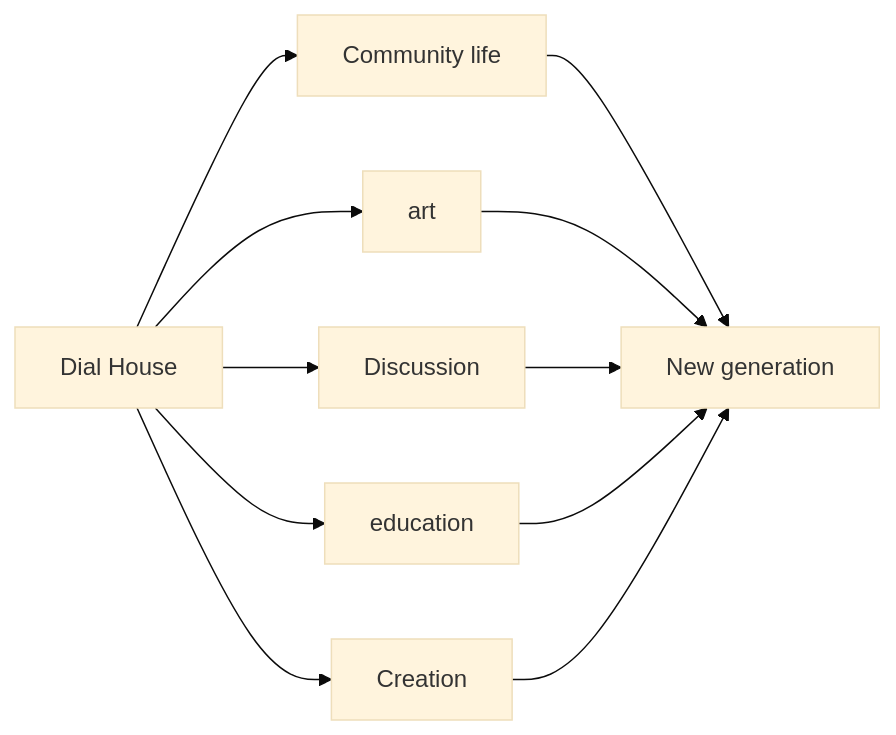
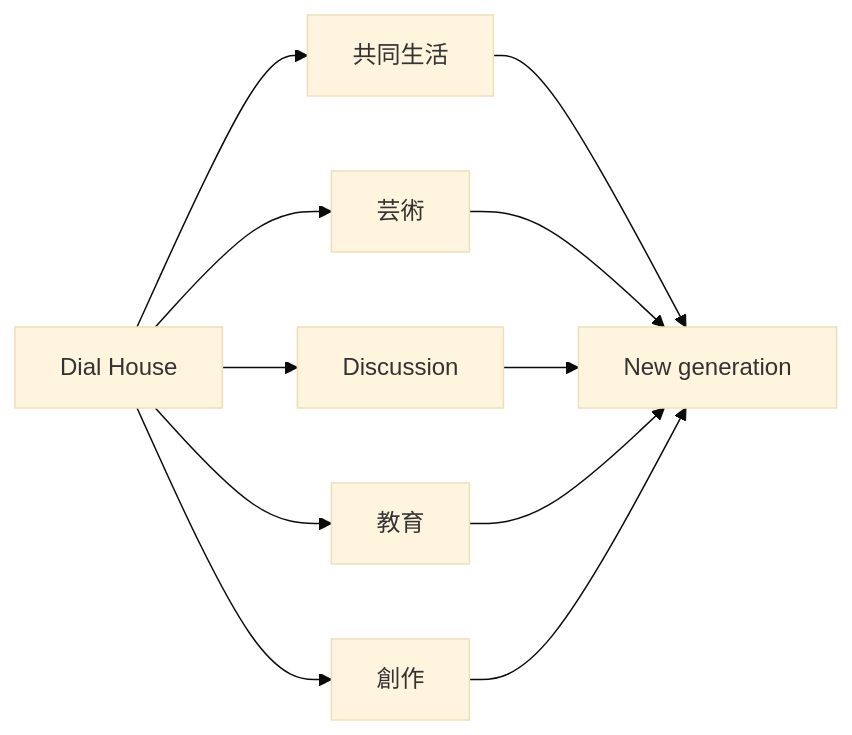
One commit to monumental-movement/monumental-movement.github.io changed the fifth of 10 diagrams in en/_posts/2026-07-13-column-penny-rimbaud.md. Above: the diagram before and after it, drawn with Mermaid (base theme). The commit also changed other lines of this file and 2196 other files, not shown here.

```diff
--- a/en/_posts/2026-07-13-column-penny-rimbaud.md
+++ b/en/_posts/2026-07-13-column-penny-rimbaud.md
@@ -779,22 +779,22 @@
 <div class="mermaid">
 graph LR
 
 A["Dial House"]
-B["Community life"]
-C["art"]
+B["共同生活"]
+C["芸術"]
 D["Discussion"]
-E["education"]
-F["Creation"]
+E["教育"]
+F["創作"]
 G["New generation"]
 
 A --> B
 A --> C
 A --> D
 A --> E
 A --> F
 B --> G
 C --> G
 D --> G
 E --> G
 F --> G
 </div>
```
